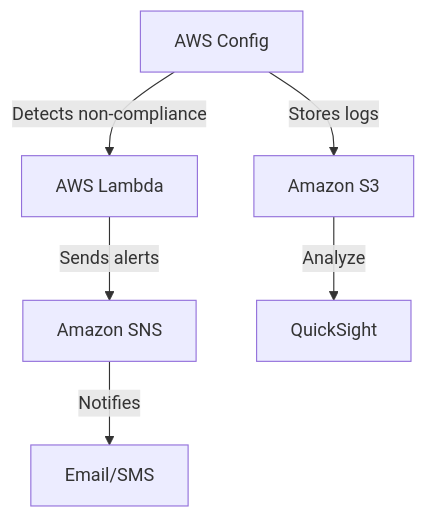
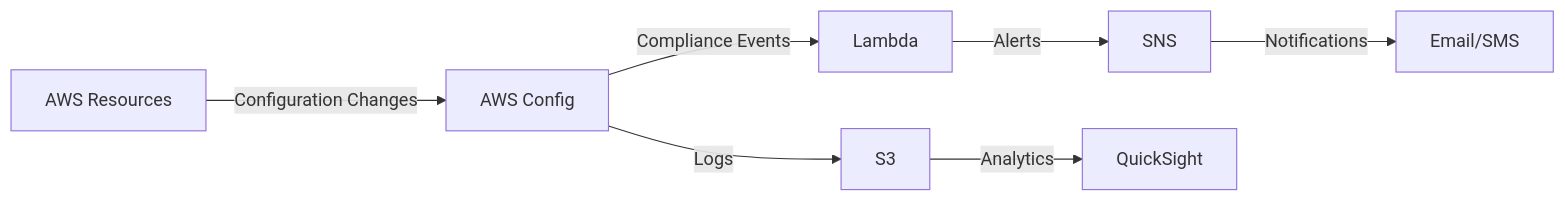
The diagram in Automated_Security_Compliance_Monitoring_with_AWS_Config_and_Lambda_README.md (angelaorie/awsproject), drawn with Mermaid before and after one commit. The commit also changed other lines of this file, not shown here.

Commit message:
Automated_Security_Compliance_Monitoring_with_AWS_Config_and_Lambda_README.md

````diff
--- a/Automated_Security_Compliance_Monitoring_with_AWS_Config_and_Lambda_README.md
+++ b/Automated_Security_Compliance_Monitoring_with_AWS_Config_and_Lambda_README.md
@@ -18,9 +6,10 @@
 ```mermaid
-graph TD
-    A[AWS Config] -->|Detects non-compliance| B[AWS Lambda]
-    B -->|Sends alerts| C[Amazon SNS]
-    C -->|Notifies| D[Email/SMS]
-    A -->|Stores logs| E[Amazon S3]
-    E -->|Analyze| F[QuickSight]
+graph LR
+    A[AWS Resources] -->|Configuration Changes| B[AWS Config]
+    B -->|Compliance Events| C[Lambda]
+    C -->|Alerts| D[SNS]
+    D -->|Notifications| E[Email/SMS]
+    B -->|Logs| F[S3]
+    F -->|Analytics| G[QuickSight]
 
 ```
````
